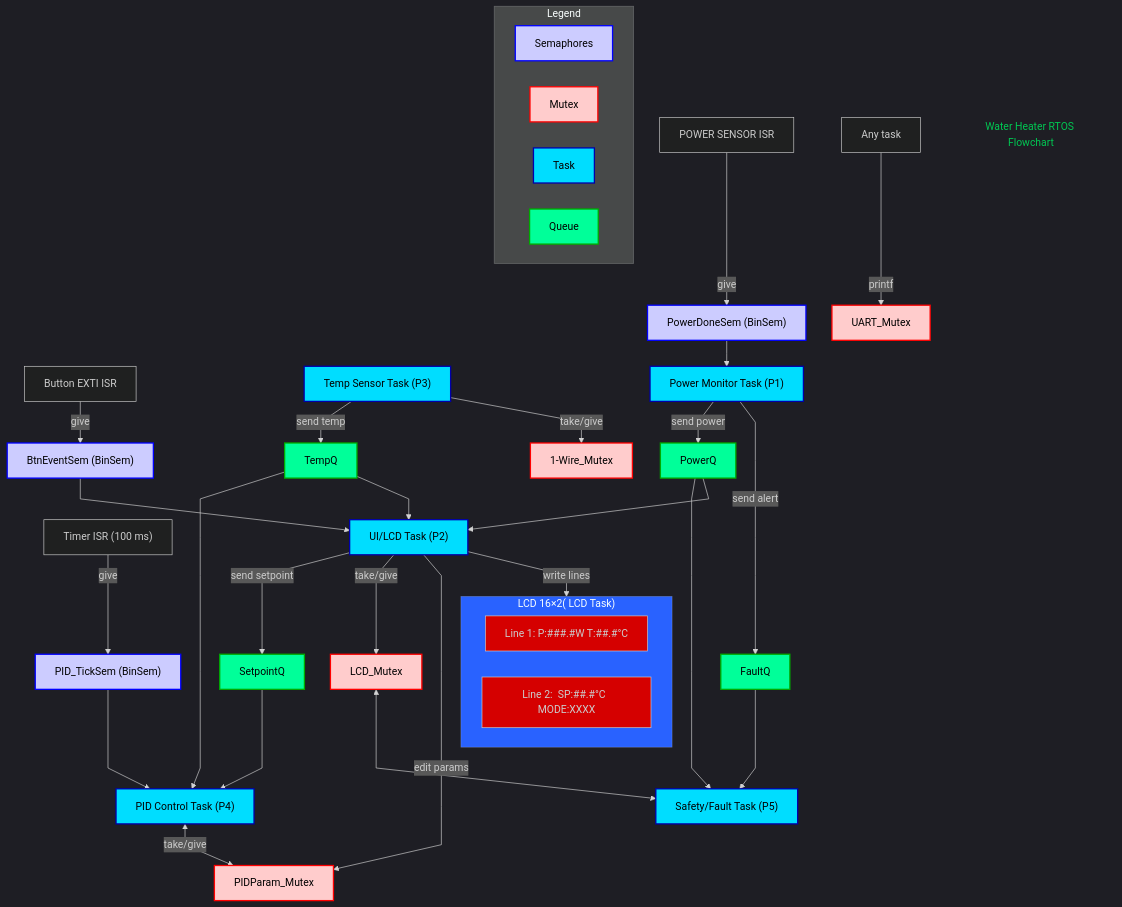
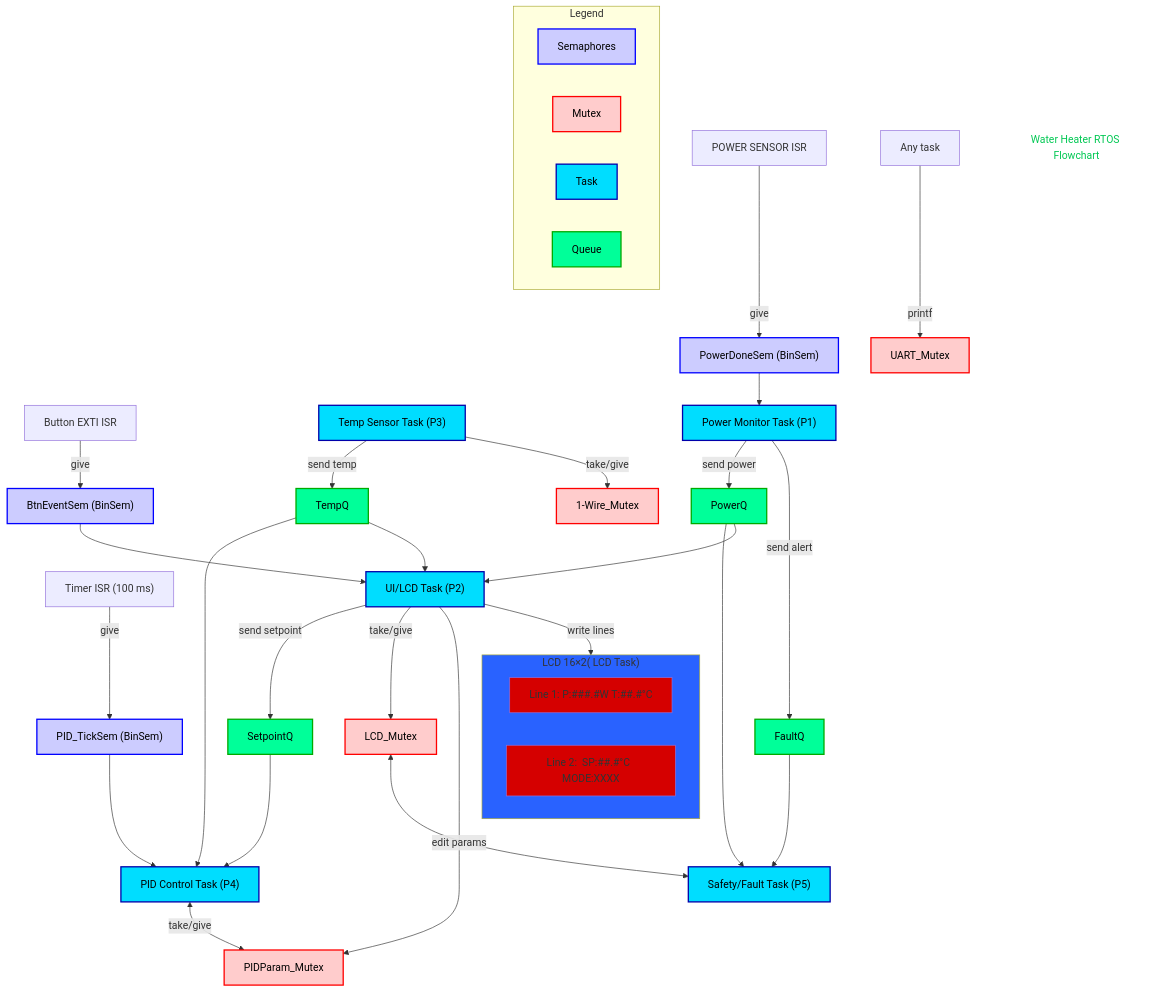
The diagram in README.md (EddieFranco/Home-Energy-Monitoring-Management-System), drawn with Mermaid before and after one commit. The commit also changed other lines of this file, not shown here.

````diff
--- a/README.md
+++ b/README.md
@@ -94,70 +94,67 @@
 ```mermaid 
-%%{init: {
-  "theme": "dark",
-  "flowchart": { "htmlLabels": true, "curve": "linear", "nodeSpacing": 40, "rankSpacing": 40 }
-}}%%
+
 
 flowchart TB
  subgraph Legend["Legend"]
     direction LR
         L1["Semaphores"]
         L2["Mutex"]
         L3["Task"]
         L4["Queue"]
   end
  subgraph LCD["LCD 16×2( LCD Task)"]
         L5["Line 1:  P:###.#W   T:##.#°C"]
         L6["Line 2:  SP:##.#°C  MODE:XXXX"]
   end
     TIM_ISR["Timer ISR (100 ms)"] -- give --> PID_TickSem["PID_TickSem (BinSem)"]
     ADC_ISR["POWER SENSOR ISR"] -- give --> Power_DoneSem["PowerDoneSem (BinSem)"]
     BTN_ISR["Button EXTI ISR"] -- give --> BtnEventSem["BtnEventSem (BinSem)"]
     TEMP["Temp Sensor Task (P3)"] -- send temp --> TempQ["TempQ"]
     TempQ --> PID["PID Control Task (P4)"] & UI["UI/LCD Task (P2)"]
     UI -- send setpoint --> SetpointQ["SetpointQ"]
     SetpointQ --> PID
     POWER["Power Monitor Task (P1)"] -- send power --> PowerQ["PowerQ"]
     PowerQ --> SAFETY["Safety/Fault Task (P5)"] & UI
     POWER -- send alert --> FaultQ["FaultQ"]
     FaultQ --> SAFETY
     PID_TickSem --> PID
     Power_DoneSem --> POWER
     BtnEventSem --> UI
     UI -- take/give --> LCD_Mutex["LCD_Mutex"]
     TEMP -- take/give --> OneWire_Mutex["1-Wire_Mutex"]
     PID <-- take/give --> PIDParam_Mutex["PIDParam_Mutex"]
     UI -- edit params --> PIDParam_Mutex
     ANY["Any task"] -- printf --> UART_Mutex["UART_Mutex"]
     UI -- write lines --> LCD
     LCD_Mutex <--> SAFETY
     title["Water Heater RTOS Flowchart"]
      L1:::Semaphores
      L2:::Mutex
      L3:::Task
      L4:::Queue
      PID_TickSem:::Semaphores
      Power_DoneSem:::Semaphores
      BtnEventSem:::Semaphores
      TEMP:::Task
      TempQ:::Queue
      PID:::Task
      UI:::Task
      SetpointQ:::Queue
      POWER:::Task
      PowerQ:::Queue
      SAFETY:::Task
      FaultQ:::Queue
      LCD_Mutex:::Mutex
      OneWire_Mutex:::Mutex
      PIDParam_Mutex:::Mutex
      UART_Mutex:::Mutex
     classDef Semaphores fill:#ccccff,stroke:#0000ff,stroke-width:2px,color:#000000
     classDef Mutex fill:#ffcccc,stroke:#ff0000,stroke-width:2px,color:#000000
     classDef Task fill:#00ddff,stroke:#0000aa,stroke-width:2px,color:#000000
     classDef Queue fill:#00ff99,stroke:#00aa00,stroke-width:2px,color:#000000
     style L5 fill:#D50000
     style L6 fill:#D50000
     style LCD fill:#2962FF
     style title fill:none,stroke:none,fontSize:24px,fontWeight:bold,color:#00C853
 
 ```
````
